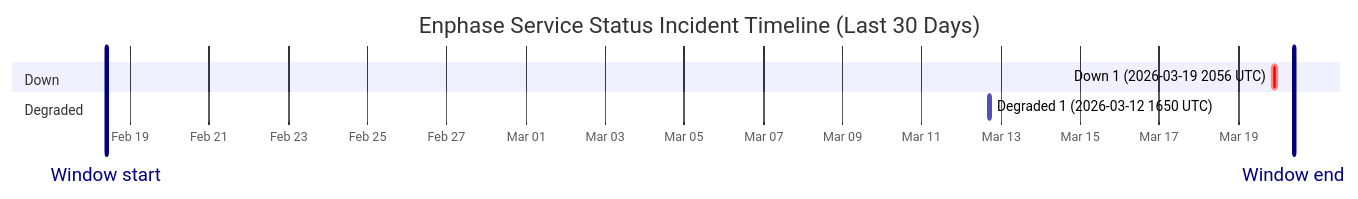
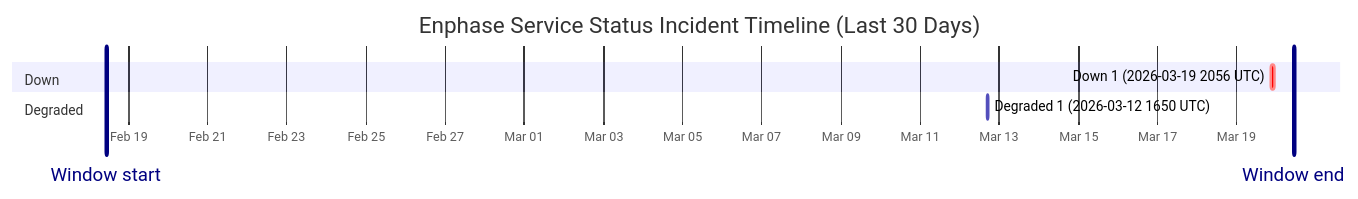
Before and after one commit to barneyonline/ha-enphase-ev-charger: the diagram in wiki/Service-Status-History.md, drawn with Mermaid. The commit also changed other lines of this file and 3 other files, not shown here.

````diff
--- a/wiki/Service-Status-History.md
+++ b/wiki/Service-Status-History.md
@@ -14,12 +14,12 @@
 ```mermaid
 gantt
     title Enphase Service Status Incident Timeline (Last 30 Days)
     dateFormat  YYYY-MM-DDTHH:mm:ss
     axisFormat  %b %d
-    Window start :vert, window-start, 2026-02-18T09:31:51, 0ms
-    Window end :vert, window-end, 2026-03-20T09:31:51, 0ms
+    Window start :vert, window-start, 2026-02-18T10:29:05, 0ms
+    Window end :vert, window-end, 2026-03-20T10:29:05, 0ms
     section Down
     Down 1 (2026-03-19 2056 UTC) :crit, down-1, 2026-03-19T20:56:20, 145m
     section Degraded
     Degraded 1 (2026-03-12 1650 UTC) :active, degraded-1, 2026-03-12T16:50:43, 60m
 ```
````
